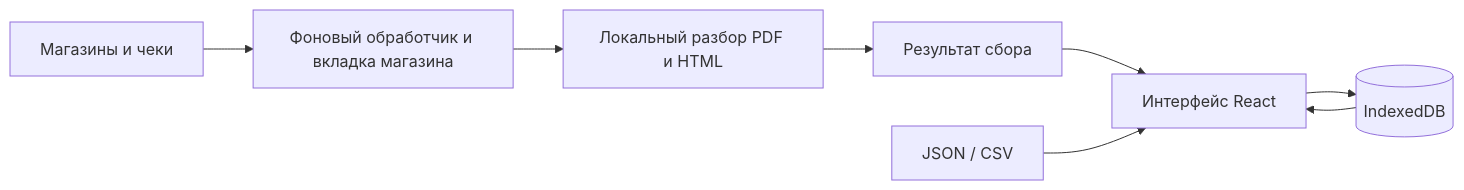
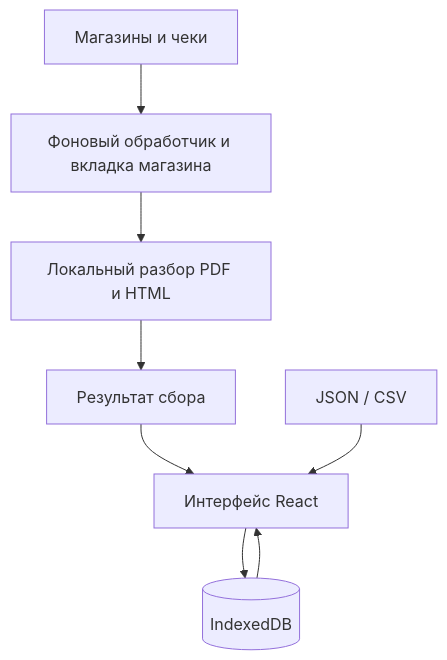
The diagram in README.md (376east/kupleno), drawn with Mermaid before and after one commit.

Commit message:
сделать схему данных читаемой в README

````diff
--- a/README.md
+++ b/README.md
@@ -48,10 +48,10 @@
 ```mermaid
-flowchart LR
+flowchart TB
   M[Магазины и чеки] --> W[Фоновый обработчик и вкладка магазина]
   W --> P[Локальный разбор PDF и HTML]
   P --> J[Результат сбора]
   J --> U[Интерфейс React]
   F[JSON / CSV] --> U
   U --> D[(IndexedDB)]
   D --> U
 ```
````
